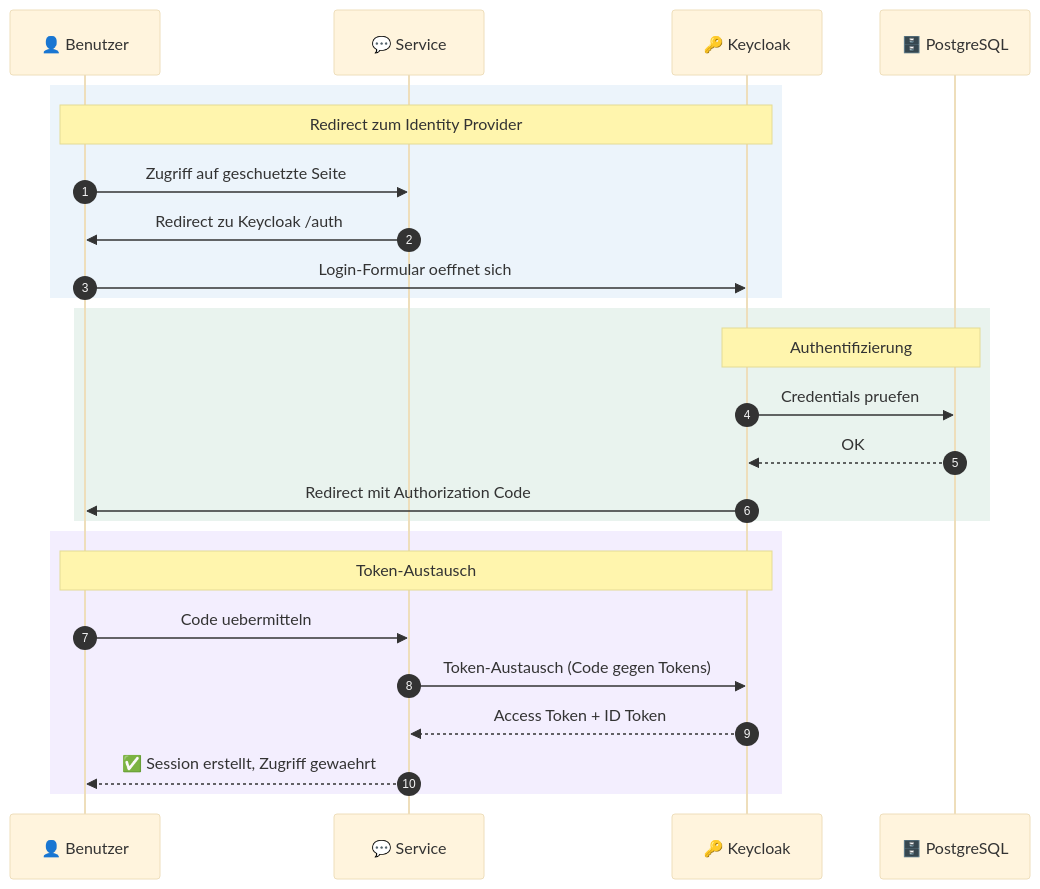
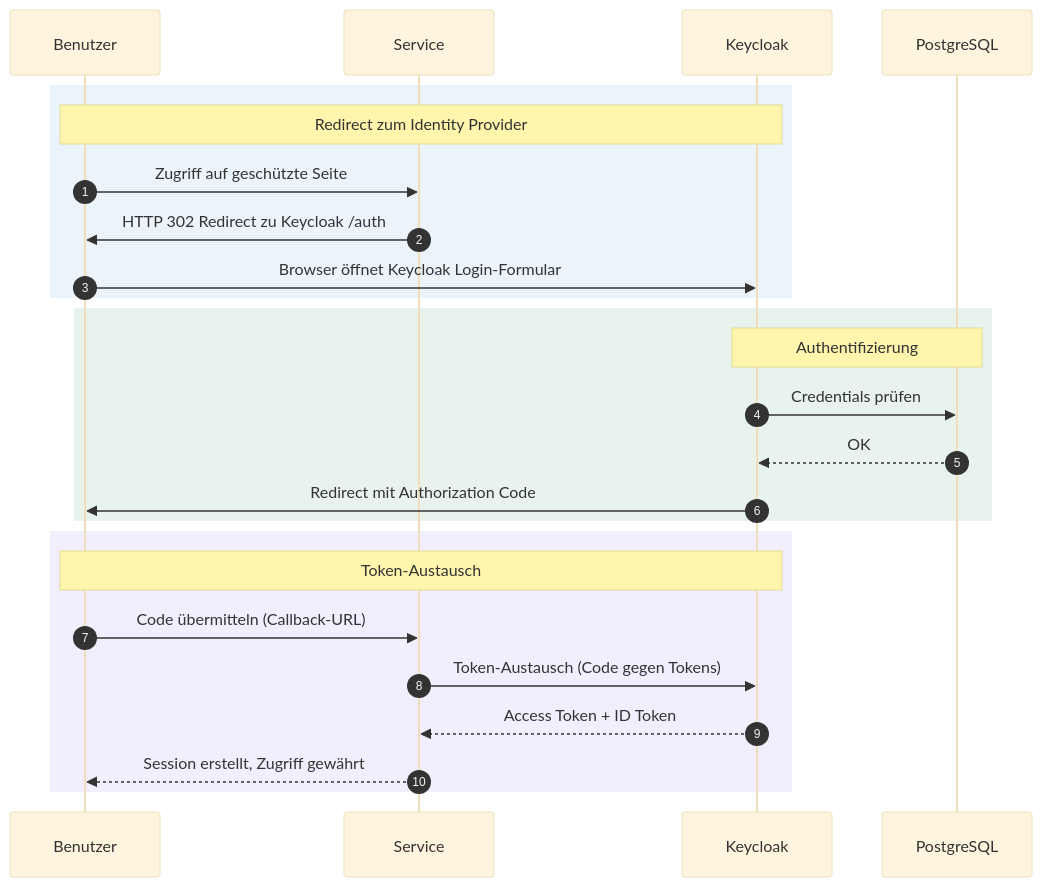
The second of 2 diagrams in k3d/docs-content/keycloak.md (Paddione/Bachelorprojekt), drawn with Mermaid (base theme) before and after one commit. The commit also changed other lines of this file, not shown here.

Commit message:
docs: rewrite Keycloak documentation

````diff
--- a/k3d/docs-content/keycloak.md
+++ b/k3d/docs-content/keycloak.md
@@ -63,31 +68,31 @@
 ```mermaid
 sequenceDiagram
     autonumber
 
-    participant U as 👤 Benutzer
-    participant S as 💬 Service
-    participant KC as 🔑 Keycloak
-    participant DB as 🗄️ PostgreSQL
+    participant U as Benutzer
+    participant S as Service
+    participant KC as Keycloak
+    participant DB as PostgreSQL
 
     rect rgba(74, 144, 217, 0.1)
         Note over U,KC: Redirect zum Identity Provider
-        U->>S: Zugriff auf geschuetzte Seite
-        S->>U: Redirect zu Keycloak /auth
-        U->>KC: Login-Formular oeffnet sich
+        U->>S: Zugriff auf geschützte Seite
+        S->>U: HTTP 302 Redirect zu Keycloak /auth
+        U->>KC: Browser öffnet Keycloak Login-Formular
     end
 
     rect rgba(45, 134, 89, 0.1)
         Note over KC,DB: Authentifizierung
-        KC->>DB: Credentials pruefen
+        KC->>DB: Credentials prüfen
         DB-->>KC: OK
         KC->>U: Redirect mit Authorization Code
     end
 
     rect rgba(139, 92, 246, 0.1)
         Note over U,KC: Token-Austausch
-        U->>S: Code uebermitteln
+        U->>S: Code übermitteln (Callback-URL)
         S->>KC: Token-Austausch (Code gegen Tokens)
         KC-->>S: Access Token + ID Token
-        S-->>U: ✅ Session erstellt, Zugriff gewaehrt
+        S-->>U: Session erstellt, Zugriff gewährt
     end
 ```
````
